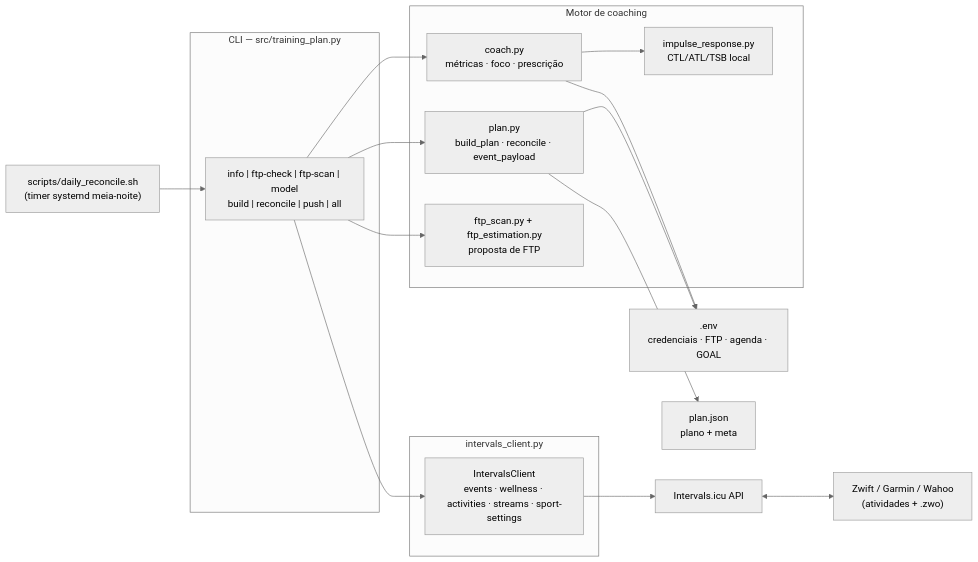
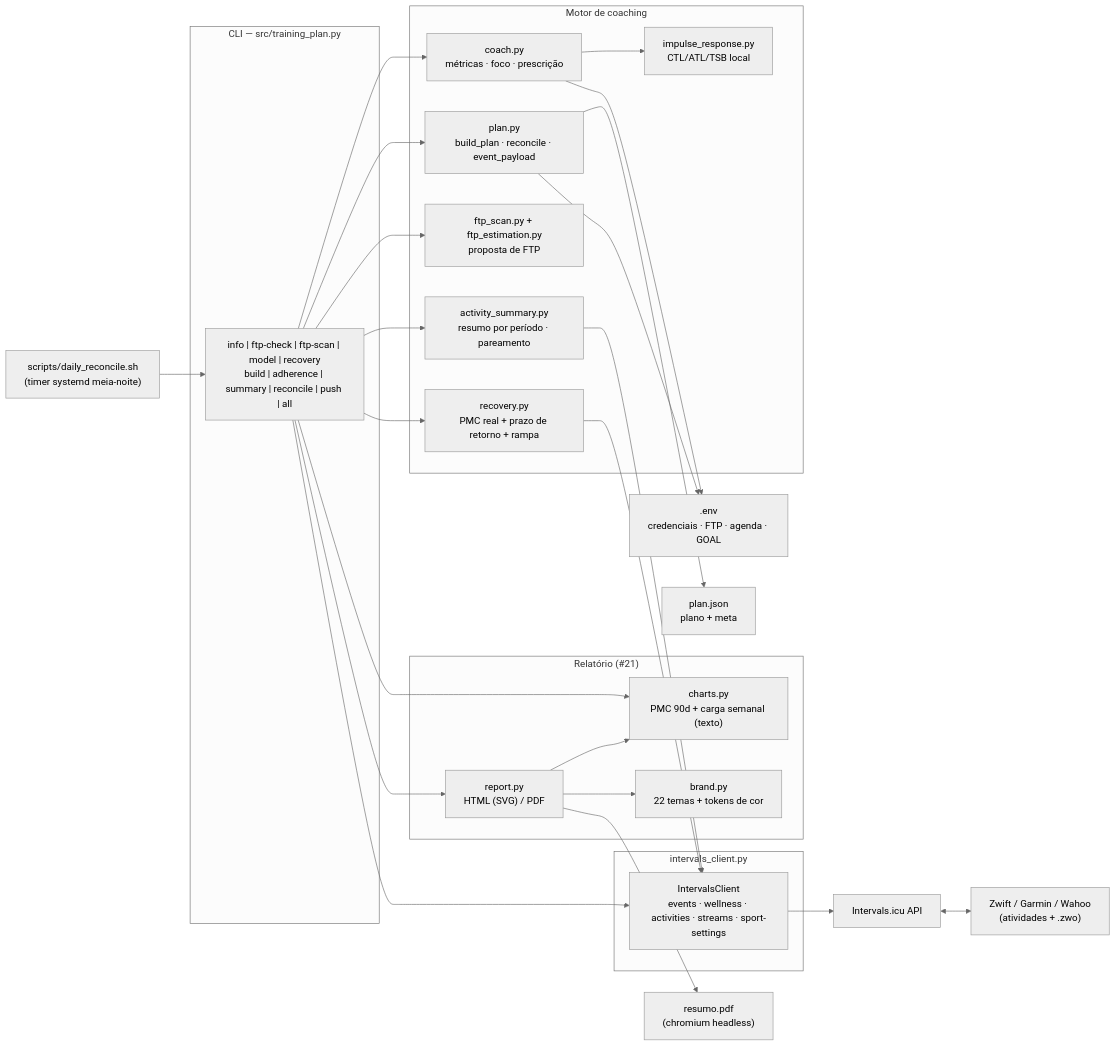
Before and after one commit to valdelin/Hermes-coach: the first of 6 diagrams in docs/DIAGRAMAS.md, drawn with Mermaid (neutral theme). The commit also changed other lines of this file and 9 other files, not shown here.

Commit message:
docs: diagramas e decks atualizados para v0.0.23 (cores zona da forma/22 temas)

````diff
--- a/docs/DIAGRAMAS.md
+++ b/docs/DIAGRAMAS.md
@@ -23,36 +29,54 @@
 ```mermaid
 flowchart LR
     subgraph CLI["CLI — src/training_plan.py"]
-        CMD["info | ftp-check | ftp-scan | model<br/>build | reconcile | push | all"]
+        CMD["info | ftp-check | ftp-scan | model | recovery<br/>build | adherence | summary | reconcile | push | all"]
     end
 
     subgraph CORE["Motor de coaching"]
         COACH["coach.py<br/>métricas · foco · prescrição"]
         PLAN["plan.py<br/>build_plan · reconcile · event_payload"]
         IR["impulse_response.py<br/>CTL/ATL/TSB local"]
         FTPS["ftp_scan.py + ftp_estimation.py<br/>proposta de FTP"]
+        AS["activity_summary.py<br/>resumo por período · pareamento"]
+        REC["recovery.py<br/>PMC real + prazo de retorno + rampa"]
+    end
+
+    subgraph REPORT["Relatório (#21)"]
+        CH["charts.py<br/>PMC 90d + carga semanal (texto)"]
+        RP["report.py<br/>HTML (SVG) / PDF"]
+        BR["brand.py<br/>22 temas + tokens de cor"]
     end
 
     subgraph API["intervals_client.py"]
         CLIENT["IntervalsClient<br/>events · wellness · activities · streams · sport-settings"]
     end
 
     ENV[".env<br/>credenciais · FTP · agenda · GOAL"]
     PLANFILE["plan.json<br/>plano + meta"]
     SH["scripts/daily_reconcile.sh<br/>(timer systemd meia-noite)"]
 
     INTERVALS["Intervals.icu API"]
     APPS["Zwift / Garmin / Wahoo<br/>(atividades + .zwo)"]
+    PDF["resumo.pdf<br/>(chromium headless)"]
 
     CMD --> COACH
     CMD --> PLAN
     CMD --> FTPS
+    CMD --> AS
+    CMD --> REC
+    CMD --> CH
+    CMD --> RP
     COACH --> IR
     CMD --> CLIENT
     PLAN --> PLANFILE
     COACH --> ENV
     PLAN --> ENV
+    AS --> CLIENT
+    REC --> CLIENT
     CLIENT --> INTERVALS
     INTERVALS <--> APPS
     SH --> CMD
+    RP --> CH
+    RP --> BR
+    RP --> PDF
 ```
````
